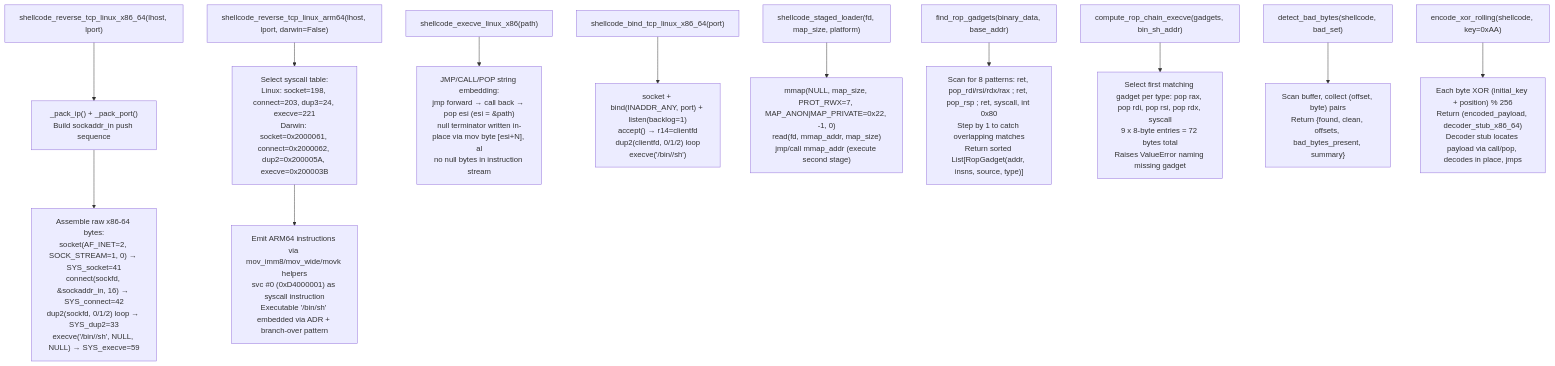
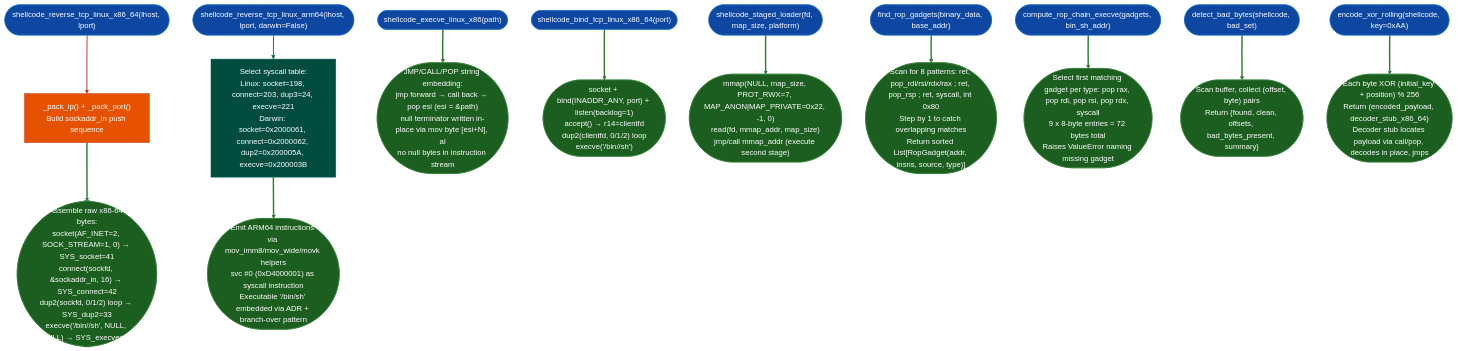
The diagram in docs/reference-modules/shellcode-templates.md (Ablation-Tool/ablation), drawn with Mermaid before and after one commit. The commit also changed 320 other files, not shown here.

First line of the commit message:
docs: apply canonical Mermaid template to all 321 diagrams

````diff
--- a/docs/reference-modules/shellcode-templates.md
+++ b/docs/reference-modules/shellcode-templates.md
@@ -19,14 +19,31 @@
 ```mermaid
 flowchart TD
-    A["shellcode_reverse_tcp_linux_x86_64(lhost, lport)"] --> B["_pack_ip() + _pack_port()\nBuild sockaddr_in push sequence"]
-    B --> C["Assemble raw x86-64 bytes:\nsocket(AF_INET=2, SOCK_STREAM=1, 0) → SYS_socket=41\nconnect(sockfd, &sockaddr_in, 16) → SYS_connect=42\ndup2(sockfd, 0/1/2) loop → SYS_dup2=33\nexecve('/bin//sh', NULL, NULL) → SYS_execve=59"]
-    A2["shellcode_reverse_tcp_linux_arm64(lhost, lport, darwin=False)"] --> D["Select syscall table:\nLinux: socket=198, connect=203, dup3=24, execve=221\nDarwin: socket=0x2000061, connect=0x2000062, dup2=0x200005A, execve=0x200003B"]
-    D --> E["Emit ARM64 instructions via mov_imm8/mov_wide/movk helpers\nsvc #0 (0xD4000001) as syscall instruction\nExecutable '/bin/sh' embedded via ADR + branch-over pattern"]
-    A3["shellcode_execve_linux_x86(path)"] --> F["JMP/CALL/POP string embedding:\njmp forward → call back → pop esi (esi = &path)\nnull terminator written in-place via mov byte [esi+N], al\nno null bytes in instruction stream"]
-    A4["shellcode_bind_tcp_linux_x86_64(port)"] --> G["socket + bind(INADDR_ANY, port) + listen(backlog=1)\naccept() → r14=clientfd\ndup2(clientfd, 0/1/2) loop\nexecve('/bin//sh')"]
-    H["shellcode_staged_loader(fd, map_size, platform)"] --> I["mmap(NULL, map_size, PROT_RWX=7, MAP_ANON|MAP_PRIVATE=0x22, -1, 0)\nread(fd, mmap_addr, map_size)\njmp/call mmap_addr (execute second stage)"]
-    J["find_rop_gadgets(binary_data, base_addr)"] --> K["Scan for 8 patterns: ret, pop_rdi/rsi/rdx/rax ; ret, pop_rsp ; ret, syscall, int 0x80\nStep by 1 to catch overlapping matches\nReturn sorted List[RopGadget(addr, insns, source, type)]"]
-    L["compute_rop_chain_execve(gadgets, bin_sh_addr)"] --> M["Select first matching gadget per type: pop rax, pop rdi, pop rsi, pop rdx, syscall\n9 x 8-byte entries = 72 bytes total\nRaises ValueError naming missing gadget"]
-    N["detect_bad_bytes(shellcode, bad_set)"] --> O["Scan buffer, collect (offset, byte) pairs\nReturn {found, clean, offsets, bad_bytes_present, summary}"]
-    P["encode_xor_rolling(shellcode, key=0xAA)"] --> Q["Each byte XOR (initial_key + position) % 256\nReturn (encoded_payload, decoder_stub_x86_64)\nDecoder stub locates payload via call/pop, decodes in place, jmps"]
+    A(["shellcode_reverse_tcp_linux_x86_64(lhost, lport)"]):::input --> B["_pack_ip() + _pack_port()\nBuild sockaddr_in push sequence"]:::primary
+    B:::primary --> C(["Assemble raw x86-64 bytes:\nsocket(AF_INET=2, SOCK_STREAM=1, 0) → SYS_socket=41\nconnect(sockfd, &sockaddr_in, 16) → SYS_connect=42\ndup2(sockfd, 0/1/2) loop → SYS_dup2=33\nexecve('/bin//sh', NULL, NULL) → SYS_execve=59"]):::output
+    A2(["shellcode_reverse_tcp_linux_arm64(lhost, lport, darwin=False)"]):::input --> D["Select syscall table:\nLinux: socket=198, connect=203, dup3=24, execve=221\nDarwin: socket=0x2000061, connect=0x2000062, dup2=0x200005A, execve=0x200003B"]:::secondary
+    D:::secondary --> E(["Emit ARM64 instructions via mov_imm8/mov_wide/movk helpers\nsvc #0 (0xD4000001) as syscall instruction\nExecutable '/bin/sh' embedded via ADR + branch-over pattern"]):::output
+    A3(["shellcode_execve_linux_x86(path)"]):::input --> F(["JMP/CALL/POP string embedding:\njmp forward → call back → pop esi (esi = &path)\nnull terminator written in-place via mov byte [esi+N], al\nno null bytes in instruction stream"]):::output
+    A4(["shellcode_bind_tcp_linux_x86_64(port)"]):::input --> G(["socket + bind(INADDR_ANY, port) + listen(backlog=1)\naccept() → r14=clientfd\ndup2(clientfd, 0/1/2) loop\nexecve('/bin//sh')"]):::output
+    H(["shellcode_staged_loader(fd, map_size, platform)"]):::input --> I(["mmap(NULL, map_size, PROT_RWX=7, MAP_ANON|MAP_PRIVATE=0x22, -1, 0)\nread(fd, mmap_addr, map_size)\njmp/call mmap_addr (execute second stage)"]):::output
+    J(["find_rop_gadgets(binary_data, base_addr)"]):::input --> K(["Scan for 8 patterns: ret, pop_rdi/rsi/rdx/rax ; ret, pop_rsp ; ret, syscall, int 0x80\nStep by 1 to catch overlapping matches\nReturn sorted List[RopGadget(addr, insns, source, type)]"]):::output
+    L(["compute_rop_chain_execve(gadgets, bin_sh_addr)"]):::input --> M(["Select first matching gadget per type: pop rax, pop rdi, pop rsi, pop rdx, syscall\n9 x 8-byte entries = 72 bytes total\nRaises ValueError naming missing gadget"]):::output
+    N(["detect_bad_bytes(shellcode, bad_set)"]):::input --> O(["Scan buffer, collect (offset, byte) pairs\nReturn {found, clean, offsets, bad_bytes_present, summary}"]):::output
+    P(["encode_xor_rolling(shellcode, key=0xAA)"]):::input --> Q(["Each byte XOR (initial_key + position) % 256\nReturn (encoded_payload, decoder_stub_x86_64)\nDecoder stub locates payload via call/pop, decodes in place, jmps"]):::output
+    classDef input     fill:#0d47a1,stroke:#1565c0,color:#fff
+    classDef primary   fill:#e65100,stroke:#bf360c,color:#fff
+    classDef secondary fill:#004d40,stroke:#00695c,color:#fff
+    classDef tertiary  fill:#4a148c,stroke:#6a1b9a,color:#fff
+    classDef neutral   fill:#37474f,stroke:#546e7a,color:#fff
+    classDef output    fill:#1b5e20,stroke:#2e7d32,color:#fff
+    linkStyle 0 stroke:#bf360c,stroke-width:2px
+    linkStyle 1 stroke:#2e7d32,stroke-width:3px
+    linkStyle 2 stroke:#00695c,stroke-width:2px
+    linkStyle 3 stroke:#2e7d32,stroke-width:3px
+    linkStyle 4 stroke:#2e7d32,stroke-width:3px
+    linkStyle 5 stroke:#2e7d32,stroke-width:3px
+    linkStyle 6 stroke:#2e7d32,stroke-width:3px
+    linkStyle 7 stroke:#2e7d32,stroke-width:3px
+    linkStyle 8 stroke:#2e7d32,stroke-width:3px
+    linkStyle 9 stroke:#2e7d32,stroke-width:3px
+    linkStyle 10 stroke:#2e7d32,stroke-width:3px
 ```
````
